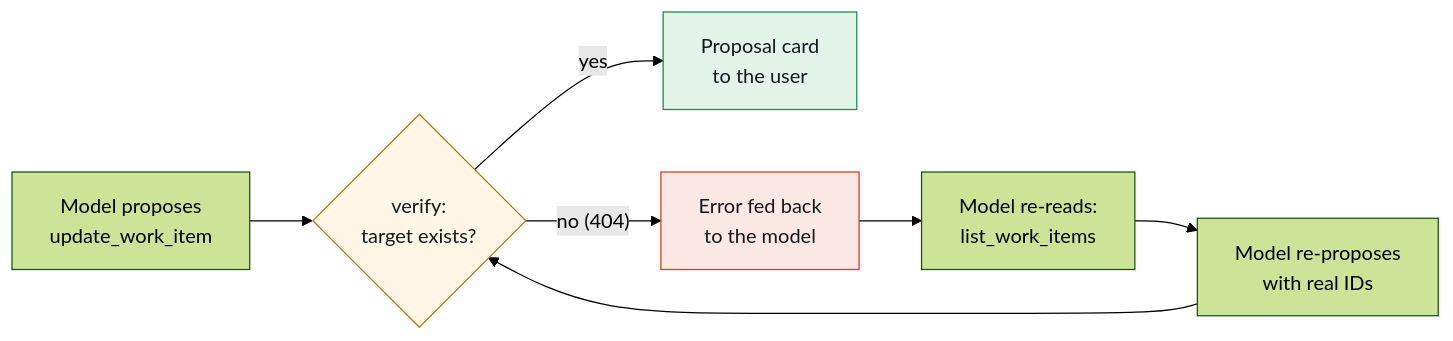
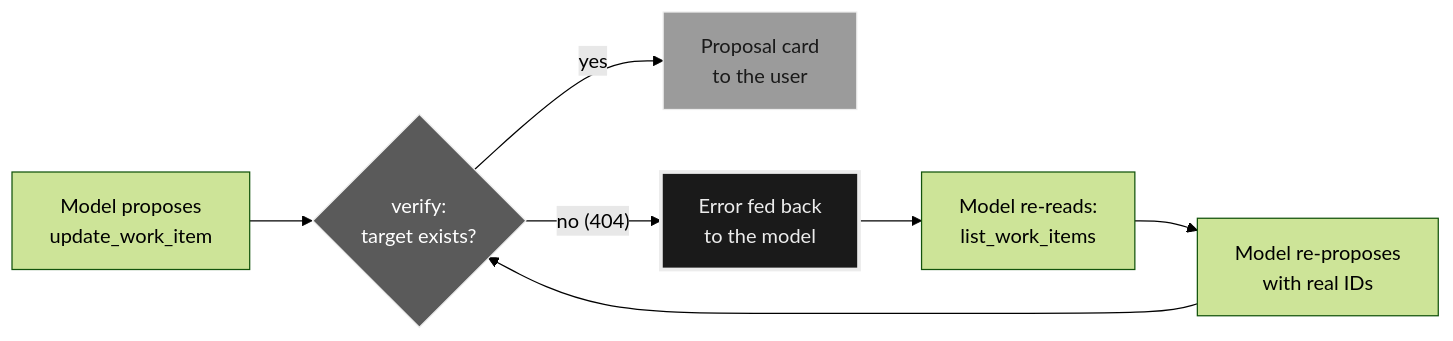
Before and after one commit to jpaladini/jpaladini: the second of 2 diagrams in src/content/blog/ado-mlflow-tracing.md, drawn with Mermaid (forest theme). The commit also changed other lines of this file and 7 other files, not shown here.

First line of the commit message:
Fix diagram error, grey diagram palette, home diagram scroll, service dates

````diff
--- a/src/content/blog/ado-mlflow-tracing.md
+++ b/src/content/blog/ado-mlflow-tracing.md
@@ -134,15 +134,15 @@
 ```mermaid
 flowchart LR
   M[Model proposes<br/>update_work_item] --> V{verify:<br/>target exists?}
   V -- yes --> P[Proposal card<br/>to the user]
   V -- "no (404)" --> E[Error fed back<br/>to the model]
   E --> R[Model re-reads:<br/>list_work_items]
   R --> M2[Model re-proposes<br/>with real IDs] --> V
 
-  classDef ok fill:#E4F3EA,stroke:#138A4E,color:#15191E;
-  classDef check fill:#FFF6E5,stroke:#B7791F,color:#15191E;
-  classDef err fill:#FBE7E3,stroke:#D23B23,color:#15191E;
+  classDef ok fill:#9b9b9b,stroke:#ececec,color:#1a1a1a;
+  classDef check fill:#5a5a5a,stroke:#ececec,color:#ffffff;
+  classDef err fill:#1a1a1a,stroke:#ececec,color:#ececec,stroke-width:3px;
   class P ok;
   class V check;
   class E err;
 ```
````
